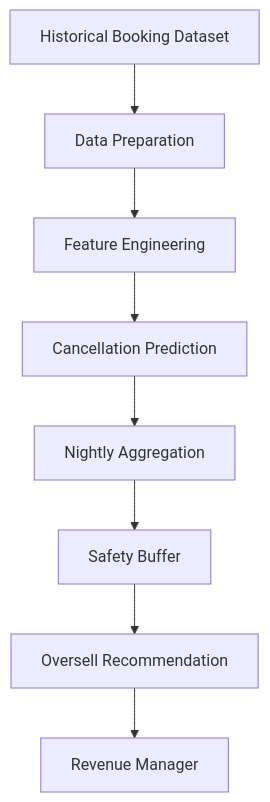
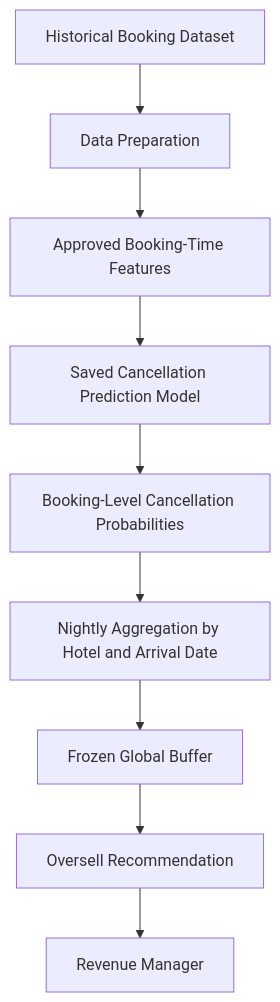
Before and after one commit to hashincludeaayush/Project_Oversell_IITGN: the first of 2 diagrams in docs/PRD.md, drawn with Mermaid. The commit also changed other lines of this file and 1 other file, not shown here.

````diff
--- a/docs/PRD.md
+++ b/docs/PRD.md
@@ -238,10 +325,11 @@
 ```mermaid
 flowchart TD
     A[Historical Booking Dataset] --> B[Data Preparation]
-    B --> C[Feature Engineering]
-    C --> D[Cancellation Prediction]
-    D --> E[Nightly Aggregation]
-    E --> F[Safety Buffer]
-    F --> G[Oversell Recommendation]
-    G --> H[Revenue Manager]
+    B --> C[Approved Booking-Time Features]
+    C --> D[Saved Cancellation Prediction Model]
+    D --> E[Booking-Level Cancellation Probabilities]
+    E --> F[Nightly Aggregation by Hotel and Arrival Date]
+    F --> G[Frozen Global Buffer]
+    G --> H[Oversell Recommendation]
+    H --> I[Revenue Manager]
 ```
````
